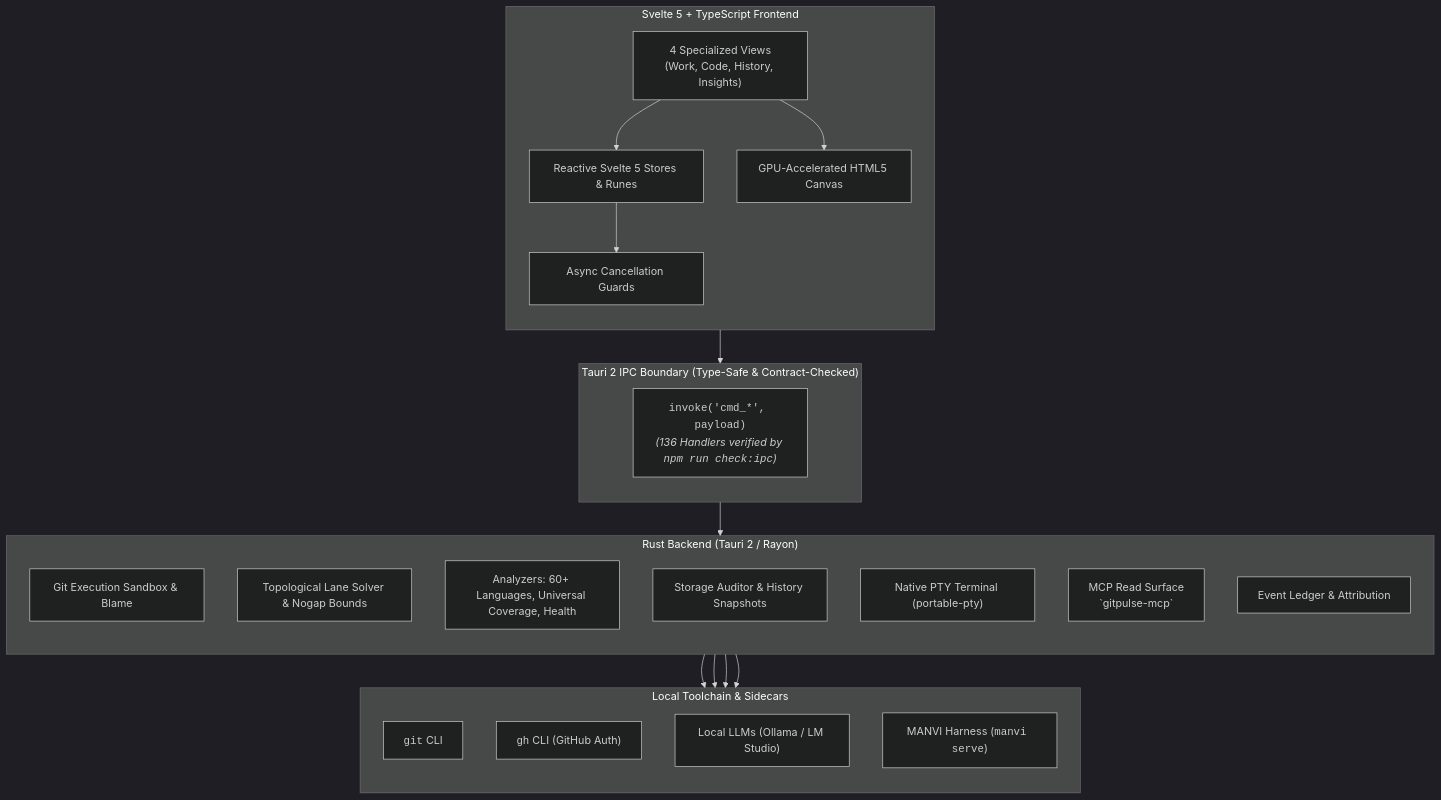
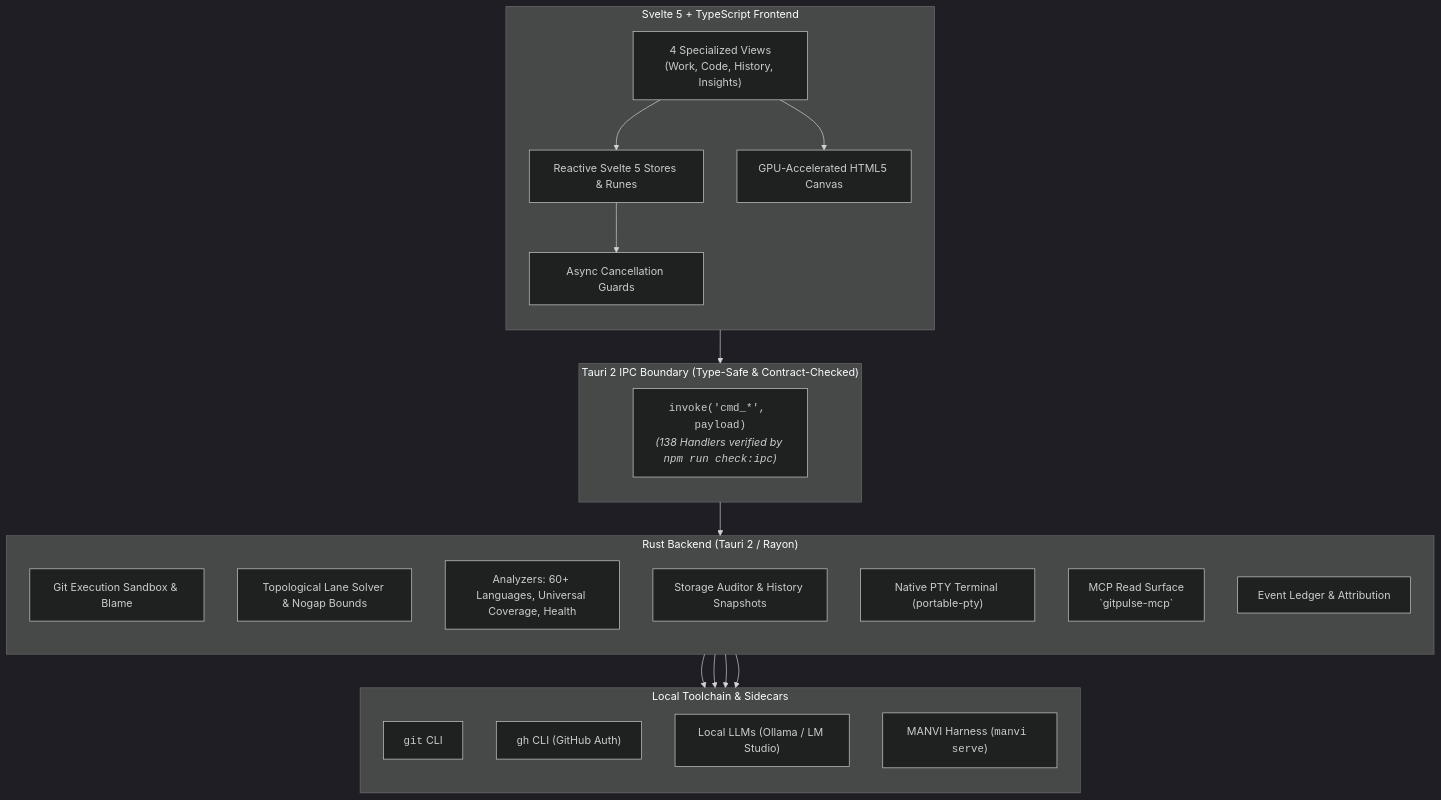
The first of 4 diagrams in README.md (bharathvbcr/GitPulse), drawn with Mermaid (dark theme) before and after one commit. The commit also changed other lines of this file and 20 other files, not shown here.

````diff
--- a/README.md
+++ b/README.md
@@ -43,45 +43,45 @@
 ```mermaid
 flowchart TB
     subgraph Frontend["Svelte 5 + TypeScript Frontend"]
         direction TB
         Views["4 Specialized Views<br/>(Work, Code, History, Insights)"]
         Stores["Reactive Svelte 5 Stores & Runes"]
         CanvasEngine["GPU-Accelerated HTML5 Canvas"]
         AsyncGuards["Async Cancellation Guards"]
         
         Views --> Stores
         Views --> CanvasEngine
         Stores --> AsyncGuards
     end
 
     subgraph IPC["Tauri 2 IPC Boundary (Type-Safe & Contract-Checked)"]
         direction TB
-        IPCBridge["<code>invoke('cmd_*', payload)</code><br/><i>(136 Handlers verified by <code>npm run check:ipc</code>)</i>"]
+        IPCBridge["<code>invoke('cmd_*', payload)</code><br/><i>(138 Handlers verified by <code>npm run check:ipc</code>)</i>"]
     end
 
     subgraph Backend["Rust Backend (Tauri 2 / Rayon)"]
         direction TB
         GitSandbox["Git Execution Sandbox & Blame"]
         GraphSolver["Topological Lane Solver & Nogap Bounds"]
         Analyzers["Analyzers: 60+ Languages, Universal Coverage, Health"]
         StorageEngine["Storage Auditor & History Snapshots"]
         TerminalPTY["Native PTY Terminal (portable-pty)"]
         MCPServer["MCP Read Surface<br/>`gitpulse-mcp`"]
         Ledger["Event Ledger & Attribution"]
     end
 
     subgraph LocalTools["Local Toolchain & Sidecars"]
         direction TB
         GitCLI["<code>git</code> CLI"]
         GhCLI["<code>gh</code> CLI (GitHub Auth)"]
         LocalAI["Local LLMs (Ollama / LM Studio)"]
         ManviSidecar["MANVI Harness (<code>manvi serve</code>)"]
     end
 
     AsyncGuards --> IPCBridge
     IPCBridge --> Backend
     GitSandbox --> GitCLI
     Analyzers --> GhCLI
     Analyzers --> LocalAI
     Backend --> ManviSidecar
 ```
````
